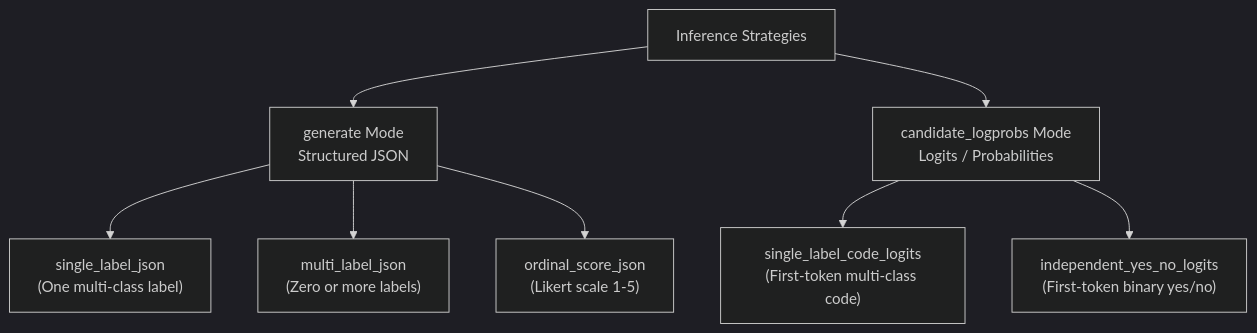
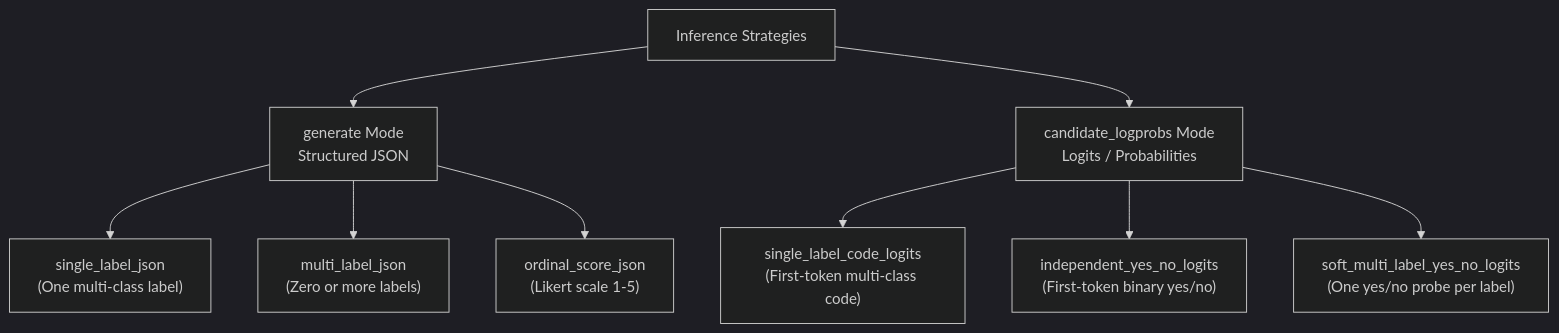
Before and after one commit to joelcalm/llms-experiments: the diagram in docs/strategies_review.md, drawn with Mermaid (dark theme). The commit also changed other lines of this file and 12 other files, not shown here.

````diff
--- a/docs/strategies_review.md
+++ b/docs/strategies_review.md
@@ -15,12 +15,13 @@
 ```mermaid
 graph TD
     A[Inference Strategies] --> B[generate Mode <br/>Structured JSON]
     A --> C[candidate_logprobs Mode <br/>Logits / Probabilities]
 
     B --> B1["single_label_json<br/>(One multi-class label)"]
     B --> B2["multi_label_json<br/>(Zero or more labels)"]
     B --> B3["ordinal_score_json<br/>(Likert scale 1-5)"]
 
     C --> C1["single_label_code_logits<br/>(First-token multi-class code)"]
     C --> C2["independent_yes_no_logits<br/>(First-token binary yes/no)"]
+    C --> C3["soft_multi_label_yes_no_logits<br/>(One yes/no probe per label)"]
 ```
````
